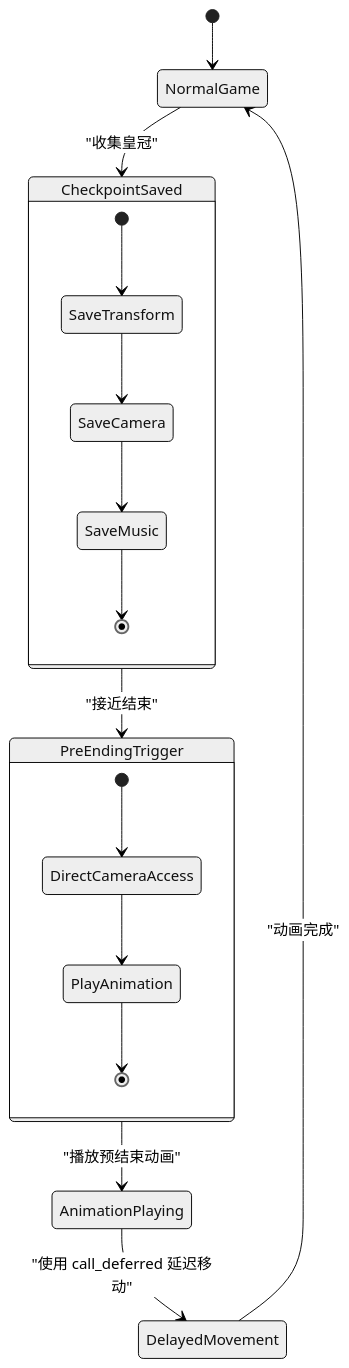
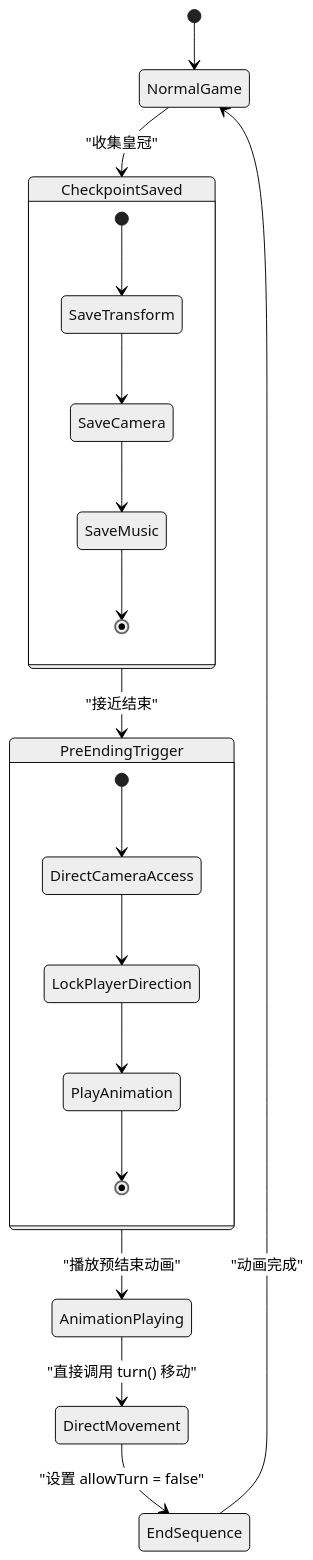
Before and after one commit to godotline/godot-line: the fifth of 6 diagrams in .qoder/repowiki/zh/content/游戏系统/触发器系统/预结束触发器.md, drawn with Mermaid (neutral theme). The commit also changed other lines of this file and 34 other files, not shown here.

````diff
--- a/.qoder/repowiki/zh/content/游戏系统/触发器系统/预结束触发器.md
+++ b/.qoder/repowiki/zh/content/游戏系统/触发器系统/预结束触发器.md
@@ -238,20 +243,22 @@
 ```mermaid
 stateDiagram-v2
 [*] --> NormalGame
 NormalGame --> CheckpointSaved : "收集皇冠"
 CheckpointSaved --> PreEndingTrigger : "接近结束"
 PreEndingTrigger --> AnimationPlaying : "播放预结束动画"
-AnimationPlaying --> DelayedMovement : "使用 call_deferred 延迟移动"
-DelayedMovement --> NormalGame : "动画完成"
+AnimationPlaying --> DirectMovement : "直接调用 turn() 移动"
+DirectMovement --> EndSequence : "设置 allowTurn = false"
+EndSequence --> NormalGame : "动画完成"
 state CheckpointSaved {
 [*] --> SaveTransform
 SaveTransform --> SaveCamera
 SaveCamera --> SaveMusic
 SaveMusic --> [*]
 }
 state PreEndingTrigger {
 [*] --> DirectCameraAccess
-DirectCameraAccess --> PlayAnimation
+DirectCameraAccess --> LockPlayerDirection
+LockPlayerDirection --> PlayAnimation
 PlayAnimation --> [*]
 }
 ```
````
